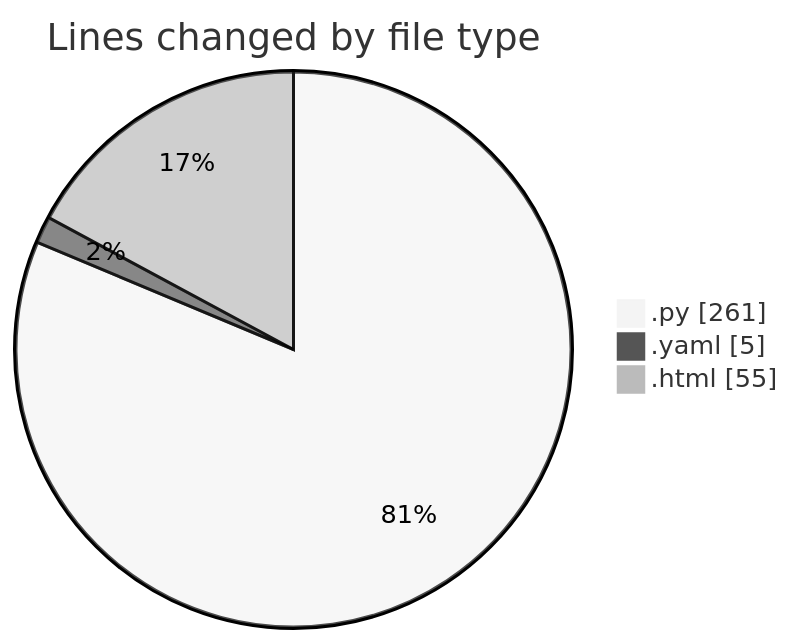
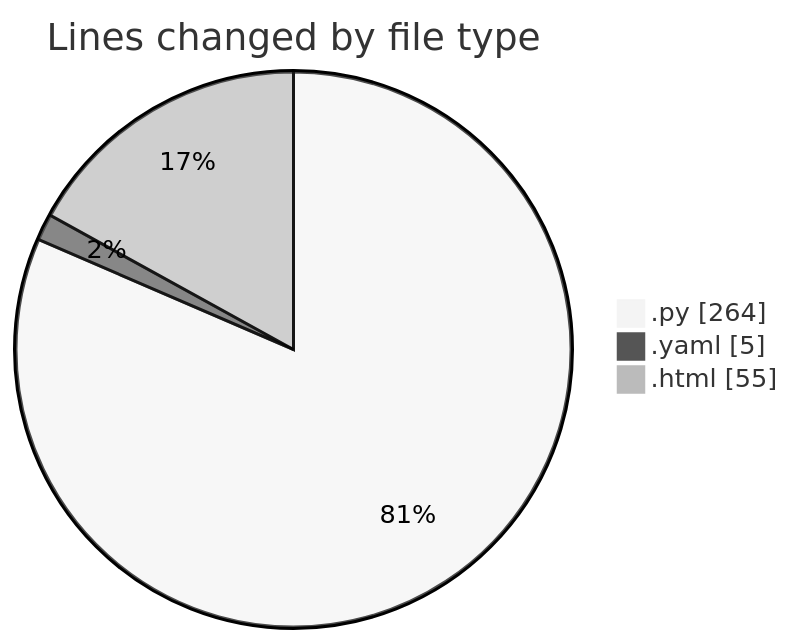
One commit to Ritupan-Deka/code-tracking changed the first of 2 diagrams in 2025-06-26/webapp/README.md. Above: the diagram before and after it, drawn with Mermaid (neutral theme). The commit also changed other lines of this file and 1 other file, not shown here.

````diff
--- a/2025-06-26/webapp/README.md
+++ b/2025-06-26/webapp/README.md
@@ -25,7 +25,7 @@
 ```mermaid
 pie showData
 title Lines changed by file type
-".py" : 261
+".py" : 264
 ".yaml" : 5
 ".html" : 55
 ```
````
